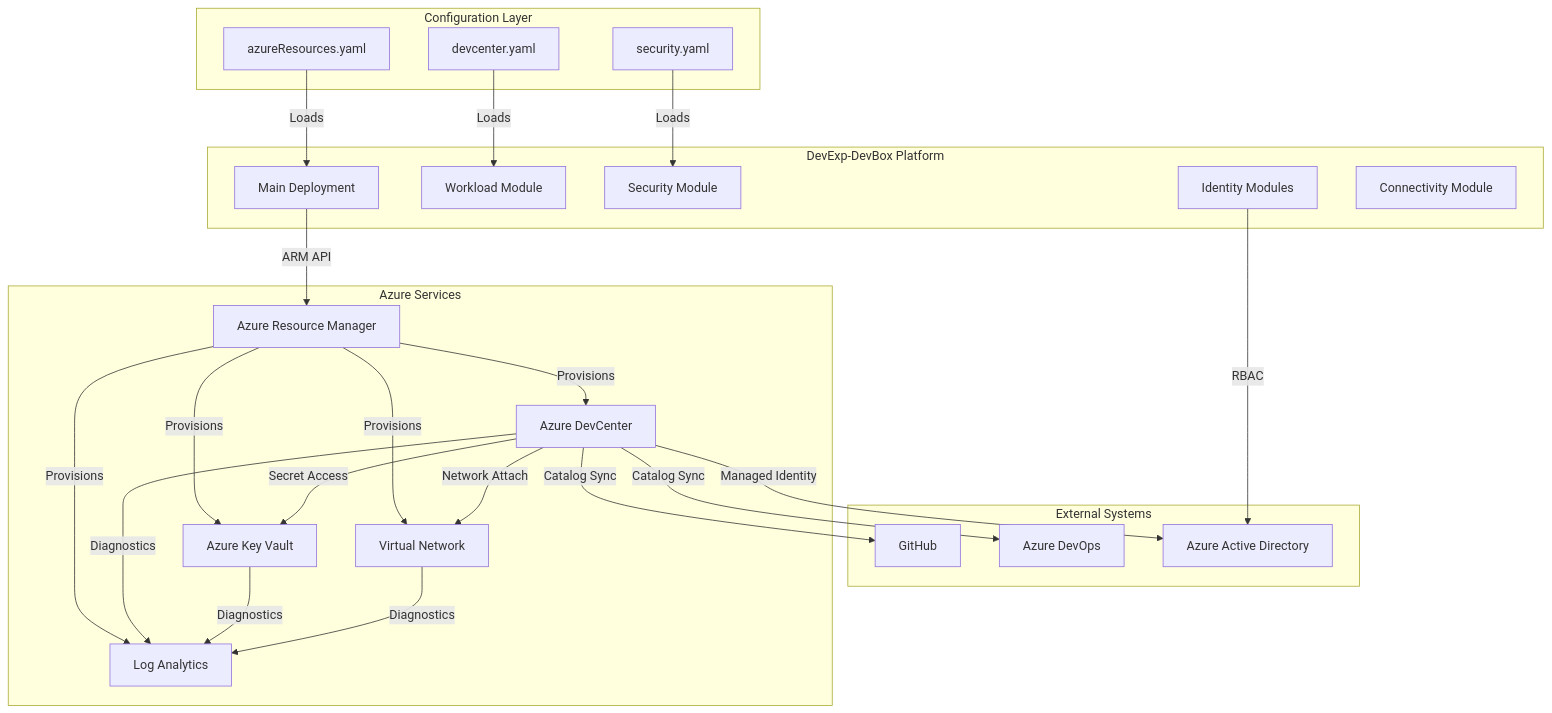
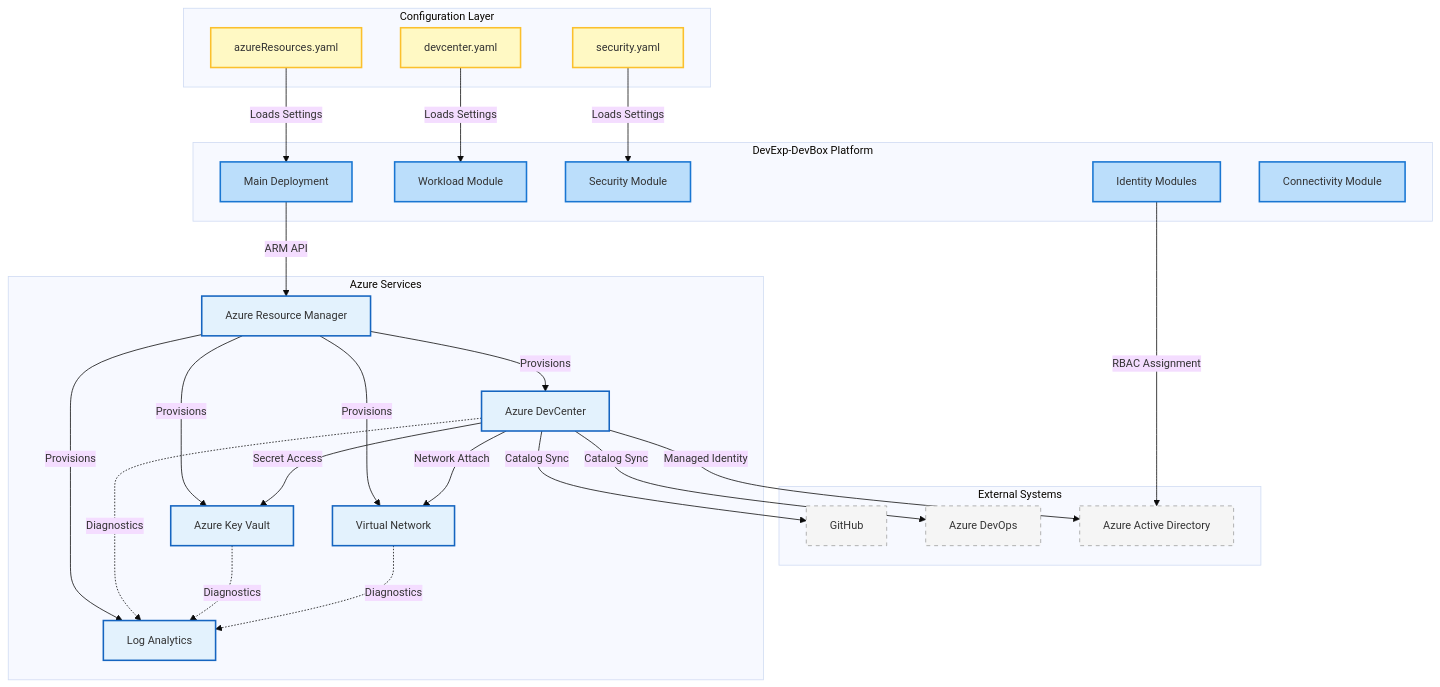
Before and after one commit to Evilazaro/DevExp-DevBox: the third of 4 diagrams in docs/architecture/Application.md, drawn with Mermaid. The commit also changed other lines of this file, not shown here.

Commit message:
docs: enhance Application Architecture diagrams with Material Design styling and improved clarity

````diff
--- a/docs/architecture/Application.md
+++ b/docs/architecture/Application.md
@@ -288,53 +339,72 @@
 ```mermaid
+%%{init: {'theme': 'base', 'themeVariables': {'fontSize': '14px'}}}%%
 flowchart TB
-    subgraph "External Systems"
+    %% Style definitions using Material Design 300-level colors
+    classDef external fill:#F5F5F5,stroke:#9E9E9E,stroke-width:1px,stroke-dasharray:5
+    classDef config fill:#FFF9C4,stroke:#FBC02D,stroke-width:2px
+    classDef platform fill:#BBDEFB,stroke:#1976D2,stroke-width:2px
+    classDef azureService fill:#E3F2FD,stroke:#1565C0,stroke-width:2px
+
+    subgraph ExternalSystems["External Systems"]
         github["GitHub"]
         ado["Azure DevOps"]
         aad["Azure Active Directory"]
     end
 
-    subgraph "Configuration Layer"
-        yaml_dc["devcenter.yaml"]
-        yaml_sec["security.yaml"]
-        yaml_res["azureResources.yaml"]
+    subgraph ConfigurationLayer["Configuration Layer"]
+        yamlDc["devcenter.yaml"]
+        yamlSec["security.yaml"]
+        yamlRes["azureResources.yaml"]
     end
 
-    subgraph "DevExp-DevBox Platform"
+    subgraph DevExpPlatform["DevExp-DevBox Platform"]
         main["Main Deployment"]
         workload["Workload Module"]
         security["Security Module"]
         identity["Identity Modules"]
         connectivity["Connectivity Module"]
     end
 
-    subgraph "Azure Services"
+    subgraph AzureServices["Azure Services"]
         arm["Azure Resource Manager"]
-        devcenter_res["Azure DevCenter"]
-        keyvault_res["Azure Key Vault"]
-        loganalytics_res["Log Analytics"]
-        vnet_res["Virtual Network"]
+        devcenterRes["Azure DevCenter"]
+        keyvaultRes["Azure Key Vault"]
+        loganalyticsRes["Log Analytics"]
+        vnetRes["Virtual Network"]
     end
 
-    yaml_dc -->|"Loads"| workload
-    yaml_sec -->|"Loads"| security
-    yaml_res -->|"Loads"| main
+    %% Configuration loading
+    yamlDc -->|"Loads Settings"| workload
+    yamlSec -->|"Loads Settings"| security
+    yamlRes -->|"Loads Settings"| main
 
+    %% ARM API provisioning
     main -->|"ARM API"| arm
-    arm -->|"Provisions"| devcenter_res
-    arm -->|"Provisions"| keyvault_res
-    arm -->|"Provisions"| loganalytics_res
-    arm -->|"Provisions"| vnet_res
+    arm -->|"Provisions"| devcenterRes
+    arm -->|"Provisions"| keyvaultRes
+    arm -->|"Provisions"| loganalyticsRes
+    arm -->|"Provisions"| vnetRes
 
-    devcenter_res -->|"Catalog Sync"| github
-    devcenter_res -->|"Catalog Sync"| ado
-    devcenter_res -->|"Secret Access"| keyvault_res
+    %% External integrations
+    devcenterRes -->|"Catalog Sync"| github
+    devcenterRes -->|"Catalog Sync"| ado
+    devcenterRes -->|"Secret Access"| keyvaultRes
 
-    identity -->|"RBAC"| aad
-    devcenter_res -->|"Managed Identity"| aad
+    %% Identity management
+    identity -->|"RBAC Assignment"| aad
+    devcenterRes -->|"Managed Identity"| aad
 
-    devcenter_res -->|"Diagnostics"| loganalytics_res
-    keyvault_res -->|"Diagnostics"| loganalytics_res
-    vnet_res -->|"Diagnostics"| loganalytics_res
+    %% Diagnostics (dotted for continuous)
+    devcenterRes -.->|"Diagnostics"| loganalyticsRes
+    keyvaultRes -.->|"Diagnostics"| loganalyticsRes
+    vnetRes -.->|"Diagnostics"| loganalyticsRes
 
-    devcenter_res -->|"Network Attach"| vnet_res
+    %% Network attachment
+    devcenterRes -->|"Network Attach"| vnetRes
+
+    %% Apply styles
+    class github,ado,aad external
+    class yamlDc,yamlSec,yamlRes config
+    class main,workload,security,identity,connectivity platform
+    class arm,devcenterRes,keyvaultRes,loganalyticsRes,vnetRes azureService
 ```
````
